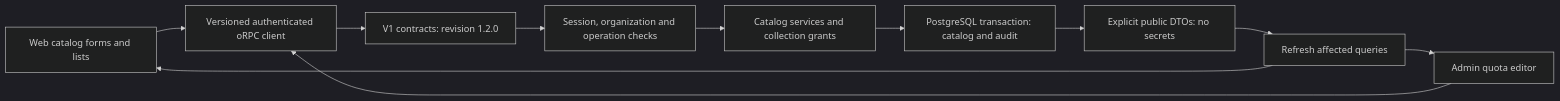
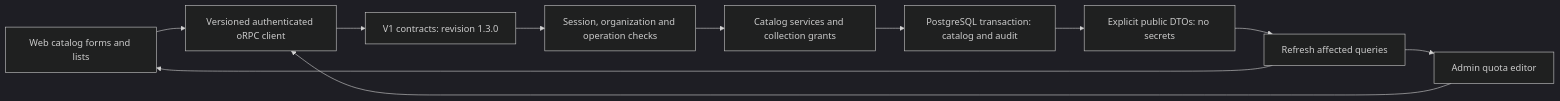
Before and after one commit to SimonLoir/vectorix: the diagram in docs/rag-dashboard.md, drawn with Mermaid (dark theme). The commit also changed other lines of this file and 22 other files, not shown here.

````diff
--- a/docs/rag-dashboard.md
+++ b/docs/rag-dashboard.md
@@ -31,13 +31,13 @@
 ```mermaid
 flowchart LR
     WEB["Web catalog forms and lists"] --> CLIENT["Versioned authenticated oRPC client"]
     ADMIN["Admin quota editor"] --> CLIENT
-    CLIENT --> CONTRACT["V1 contracts: revision 1.2.0"]
+    CLIENT --> CONTRACT["V1 contracts: revision 1.3.0"]
     CONTRACT --> ACCESS["Session, organization and operation checks"]
     ACCESS --> SERVICE["Catalog services and collection grants"]
     SERVICE --> TX["PostgreSQL transaction: catalog and audit"]
     TX --> DTO["Explicit public DTOs: no secrets"]
     DTO --> REFRESH["Refresh affected queries"]
     REFRESH --> WEB
     REFRESH --> ADMIN
 ```
````
